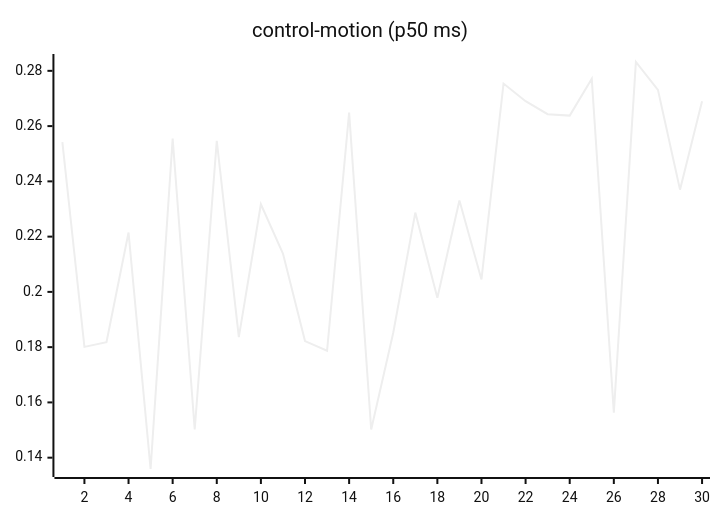
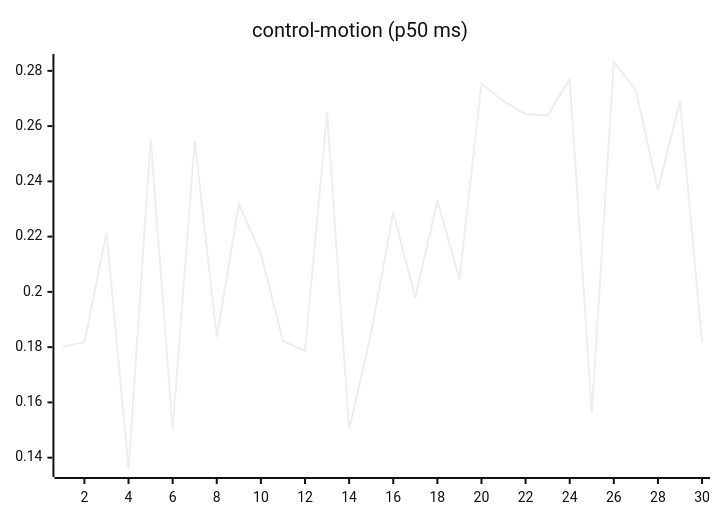
One commit to josha/Facet changed the seventh of 27 diagrams in README.md. Above: the diagram before and after it, drawn with Mermaid (neutral theme). The commit also changed other lines of this file and 2 other files, not shown here.

````diff
--- a/README.md
+++ b/README.md
@@ -105,6 +105,6 @@
 ```mermaid
 xychart-beta
     title "control-motion (p50 ms)"
     x-axis 1 --> 30
-    line [0.2542, 0.1801, 0.1818, 0.2215, 0.1359, 0.2555, 0.1502, 0.2547, 0.1836, 0.2317, 0.2139, 0.1822, 0.1787, 0.2649, 0.1502, 0.1852, 0.2287, 0.1979, 0.2331, 0.2045, 0.2754, 0.2690, 0.2643, 0.2638, 0.2771, 0.1563, 0.2832, 0.2731, 0.2370, 0.2690]
+    line [0.1801, 0.1818, 0.2215, 0.1359, 0.2555, 0.1502, 0.2547, 0.1836, 0.2317, 0.2139, 0.1822, 0.1787, 0.2649, 0.1502, 0.1852, 0.2287, 0.1979, 0.2331, 0.2045, 0.2754, 0.2690, 0.2643, 0.2638, 0.2771, 0.1563, 0.2832, 0.2731, 0.2370, 0.2690, 0.1816]
 ```
````
